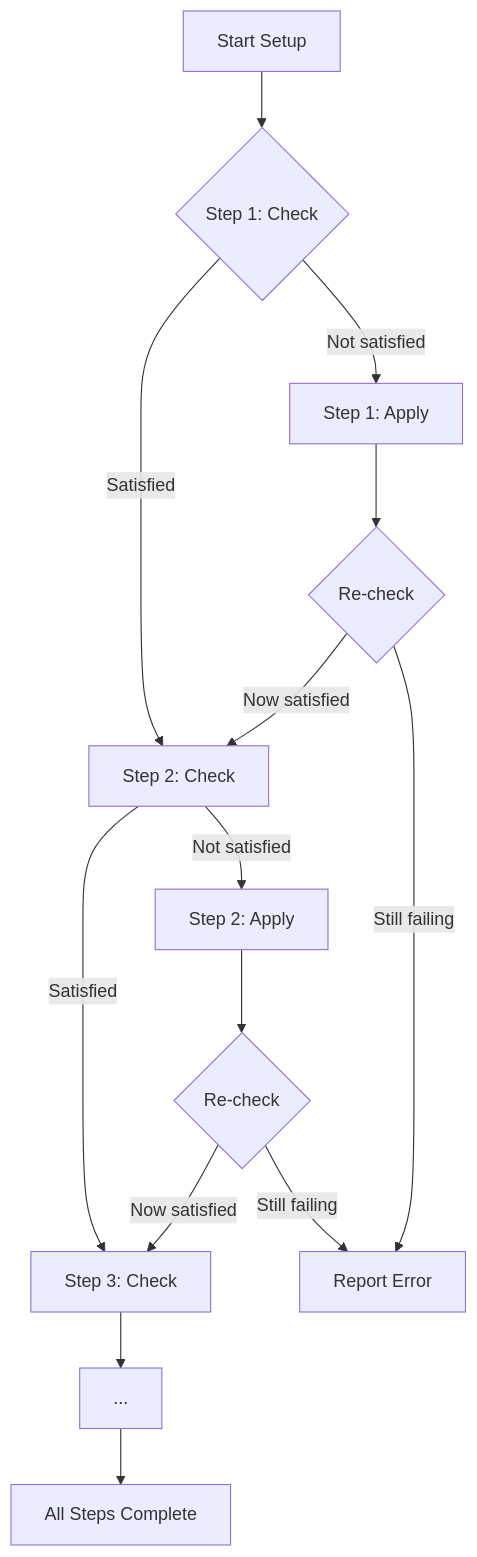
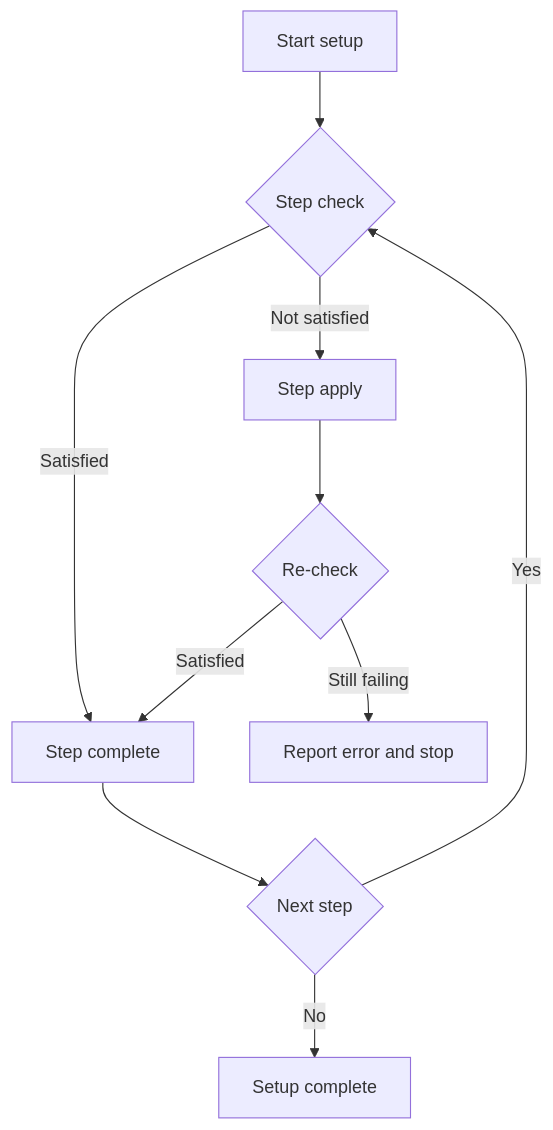
One commit to ulabase/starter-ecommerce changed the first of 2 diagrams in openwiki/concepts/service-setup.md. Above: the diagram before and after it, drawn with Mermaid. The commit also changed other lines of this file and 14 other files, not shown here.

````diff
--- a/openwiki/concepts/service-setup.md
+++ b/openwiki/concepts/service-setup.md
@@ -42,16 +46,12 @@
 ```mermaid
 flowchart TD
-    A[Start Setup] --> B{Step 1: Check}
-    B -->|Satisfied| C[Step 2: Check]
-    B -->|Not satisfied| D[Step 1: Apply]
-    D --> E{Re-check}
-    E -->|Now satisfied| C
-    E -->|Still failing| F[Report Error]
-    C -->|Satisfied| G[Step 3: Check]
-    C -->|Not satisfied| H[Step 2: Apply]
-    H --> I{Re-check}
-    I -->|Now satisfied| G
-    I -->|Still failing| F
-    G --> J[...]
-    J --> K[All Steps Complete]
+    A["Start setup"] --> B{"Step check"}
+    B -->|"Satisfied"| C["Step complete"]
+    B -->|"Not satisfied"| D["Step apply"]
+    D --> E{"Re-check"}
+    E -->|"Satisfied"| C
+    E -->|"Still failing"| F["Report error and stop"]
+    C --> G{"Next step"}
+    G -->|"Yes"| B
+    G -->|"No"| H["Setup complete"]
 ```
````
